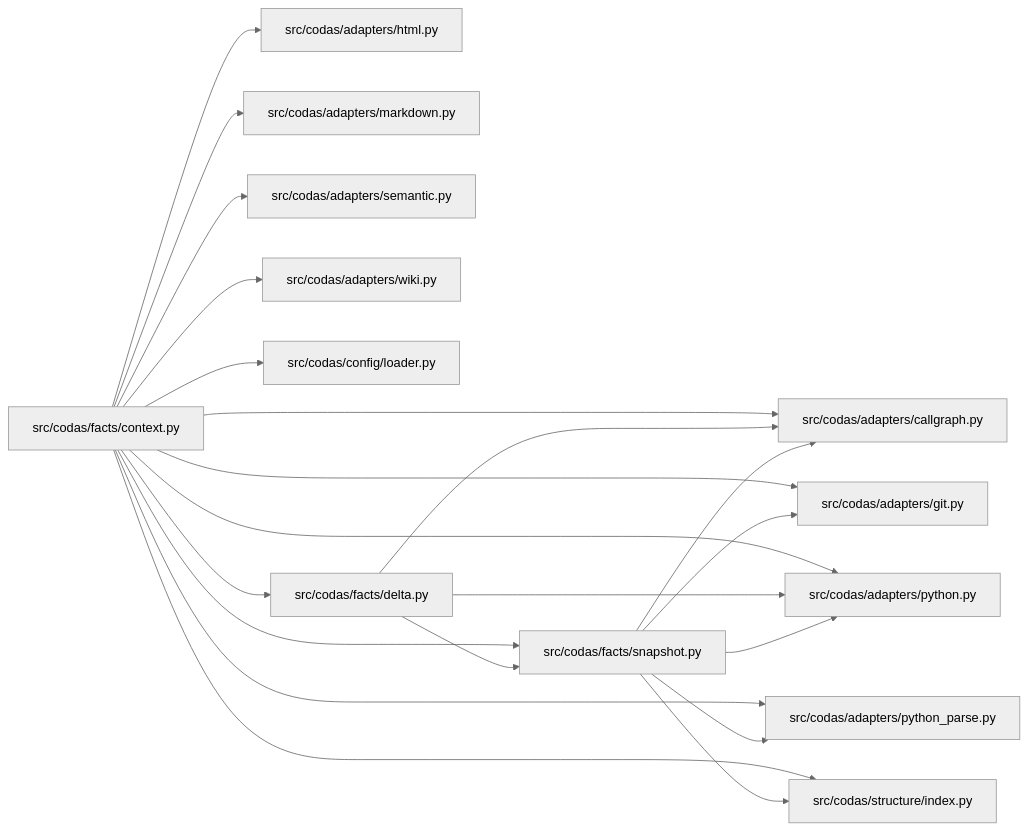
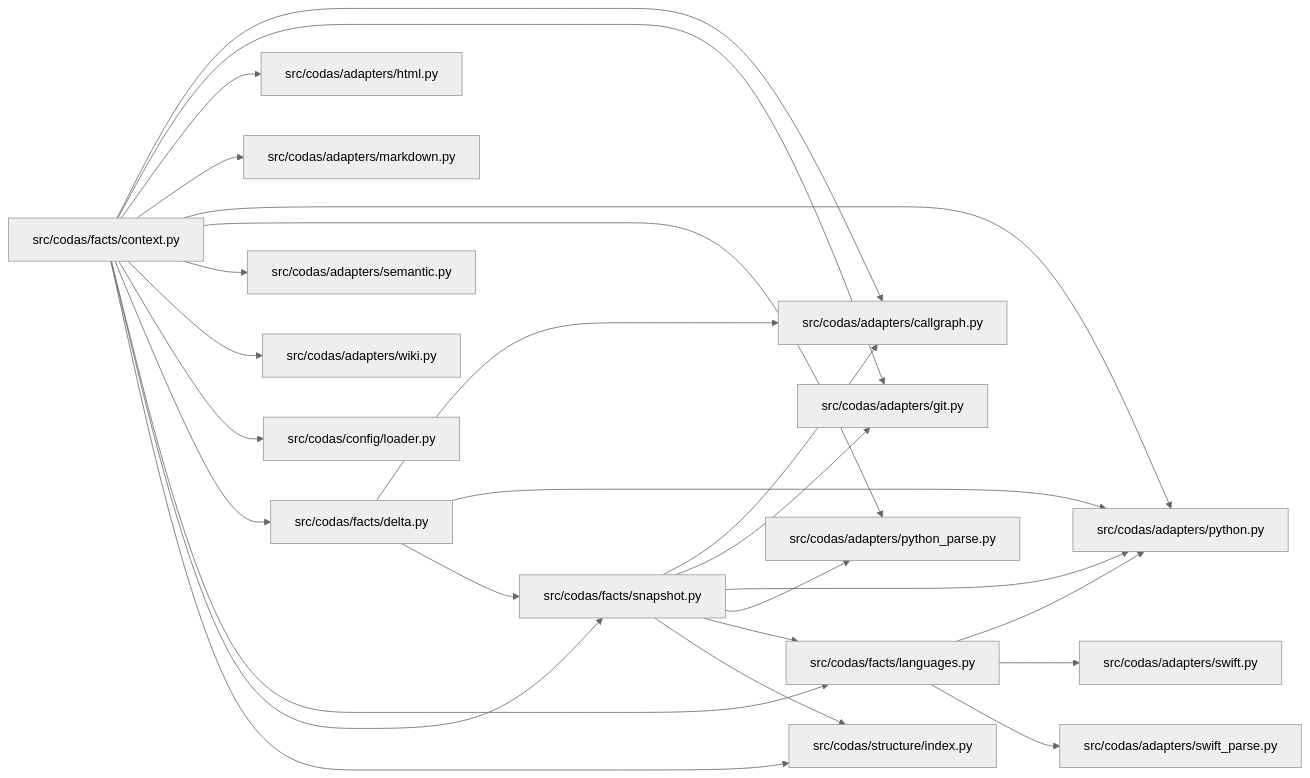
Before and after one commit to oydodo/codas: the diagram in wiki/codas-facts.md, drawn with Mermaid (neutral theme). The commit also changed other lines of this file and 14 other files, not shown here.

Commit message:
feat(facts): add Swift tree-sitter gate facts

````diff
--- a/wiki/codas-facts.md
+++ b/wiki/codas-facts.md
@@ -70,36 +82,44 @@
 ```mermaid
 graph LR
   n0["src/codas/adapters/callgraph.py"]
   n1["src/codas/adapters/git.py"]
   n2["src/codas/adapters/html.py"]
   n3["src/codas/adapters/markdown.py"]
   n4["src/codas/adapters/python.py"]
   n5["src/codas/adapters/python_parse.py"]
   n6["src/codas/adapters/semantic.py"]
-  n7["src/codas/adapters/wiki.py"]
-  n8["src/codas/config/loader.py"]
-  n9["src/codas/facts/context.py"]
-  n10["src/codas/facts/delta.py"]
-  n11["src/codas/facts/snapshot.py"]
-  n12["src/codas/structure/index.py"]
-  n9 --> n0
-  n9 --> n1
-  n9 --> n2
-  n9 --> n3
-  n9 --> n4
-  n9 --> n5
-  n9 --> n6
-  n9 --> n7
-  n9 --> n8
-  n9 --> n10
-  n9 --> n11
-  n9 --> n12
-  n10 --> n0
-  n10 --> n4
-  n10 --> n11
+  n7["src/codas/adapters/swift.py"]
+  n8["src/codas/adapters/swift_parse.py"]
+  n9["src/codas/adapters/wiki.py"]
+  n10["src/codas/config/loader.py"]
+  n11["src/codas/facts/context.py"]
+  n12["src/codas/facts/delta.py"]
+  n13["src/codas/facts/languages.py"]
+  n14["src/codas/facts/snapshot.py"]
+  n15["src/codas/structure/index.py"]
   n11 --> n0
   n11 --> n1
+  n11 --> n2
+  n11 --> n3
   n11 --> n4
   n11 --> n5
+  n11 --> n6
+  n11 --> n9
+  n11 --> n10
   n11 --> n12
+  n11 --> n13
+  n11 --> n14
+  n11 --> n15
+  n12 --> n0
+  n12 --> n4
+  n12 --> n14
+  n13 --> n4
+  n13 --> n7
+  n13 --> n8
+  n14 --> n0
+  n14 --> n1
+  n14 --> n4
+  n14 --> n5
+  n14 --> n13
+  n14 --> n15
 ```
````
